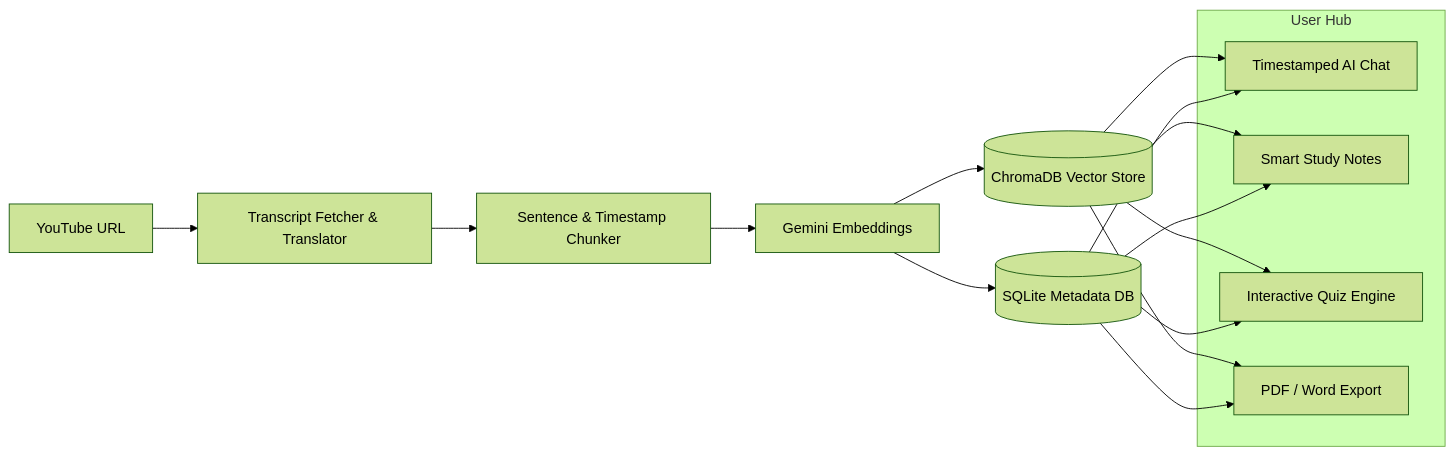
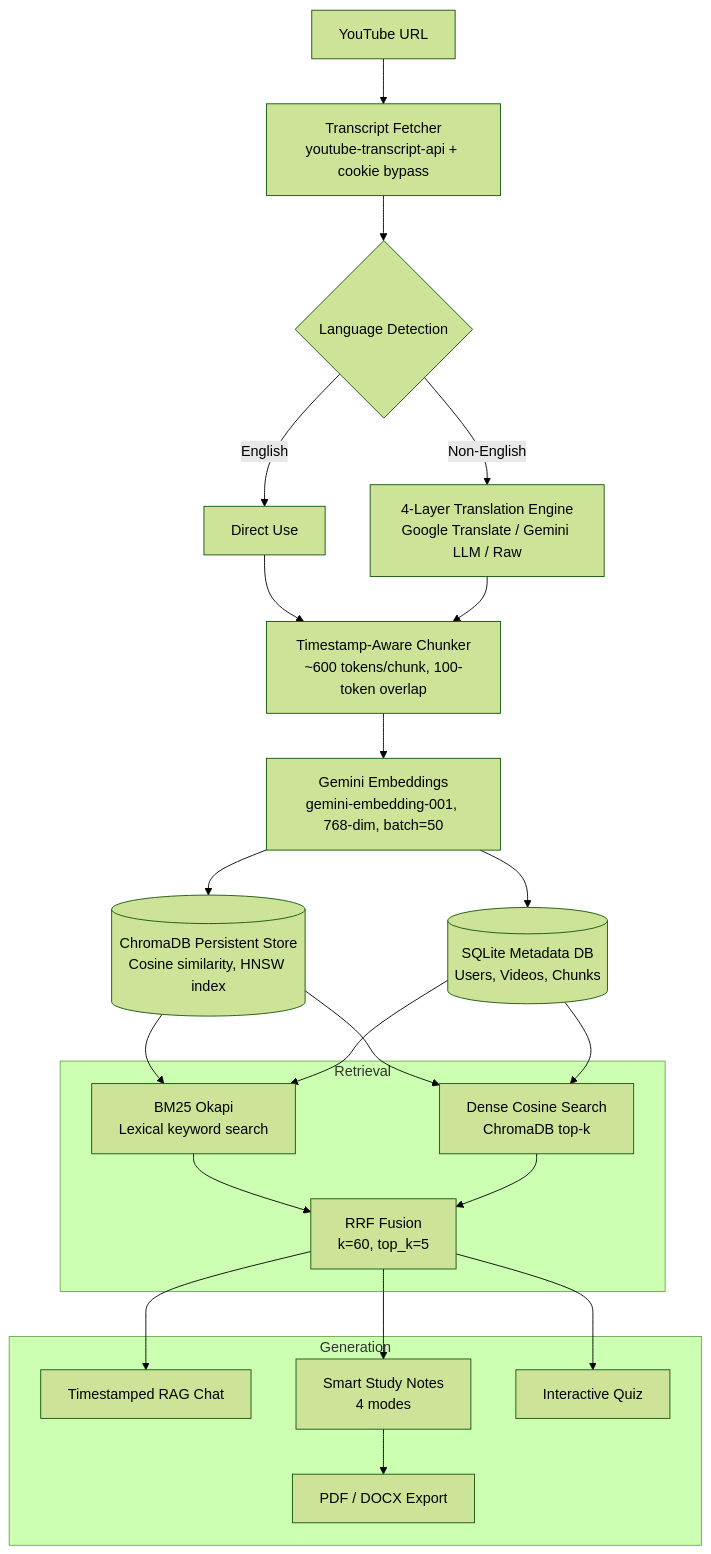
Before and after one commit to Aditya8522/LectureMind-AI: the diagram in README.md, drawn with Mermaid (forest theme). The commit also changed other lines of this file, not shown here.

````diff
--- a/README.md
+++ b/README.md
@@ -64,17 +74,25 @@
 ```mermaid
-flowchart LR
-    A[YouTube URL] --> B[Transcript Fetcher & Translator]
-    B --> C[Sentence & Timestamp Chunker]
-    C --> D[Gemini Embeddings]
-    D --> E[(ChromaDB Vector Store)]
-    D --> F[(SQLite Metadata DB)]
-    
-    subgraph User Hub
-        G[Timestamped AI Chat]
-        H[Smart Study Notes]
-        I[Interactive Quiz Engine]
-        J[PDF / Word Export]
+flowchart TD
+    A["YouTube URL"] --> B["Transcript Fetcher<br/>youtube-transcript-api + cookie bypass"]
+    B --> C{"Language Detection"}
+    C -- "English" --> D["Direct Use"]
+    C -- "Non-English" --> E["4-Layer Translation Engine<br/>Google Translate / Gemini LLM / Raw"]
+    D & E --> F["Timestamp-Aware Chunker<br/>~600 tokens/chunk, 100-token overlap"]
+    F --> G["Gemini Embeddings<br/>gemini-embedding-001, 768-dim, batch=50"]
+    G --> H[("ChromaDB Persistent Store<br/>Cosine similarity, HNSW index")]
+    G --> I[("SQLite Metadata DB<br/>Users, Videos, Chunks")]
+    subgraph Retrieval
+        J["BM25 Okapi<br/>Lexical keyword search"]
+        K["Dense Cosine Search<br/>ChromaDB top-k"]
+        L["RRF Fusion<br/>k=60, top_k=5"]
     end
-    
-    E & F --> G & H & I & J
+    H & I --> J & K --> L
+    subgraph Generation
+        M["Timestamped RAG Chat"]
+        N["Smart Study Notes<br/>4 modes"]
+        O["Interactive Quiz"]
+        P["PDF / DOCX Export"]
+    end
+    L --> M & N & O
+    N --> P
 ```
````
